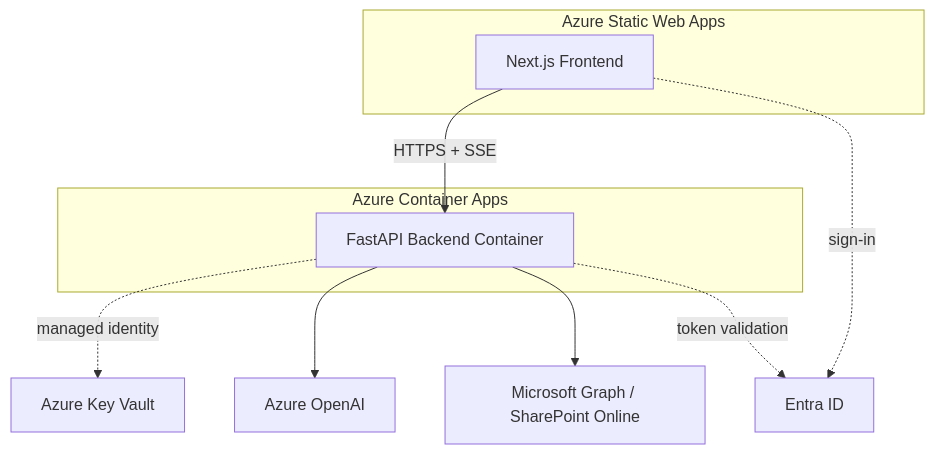
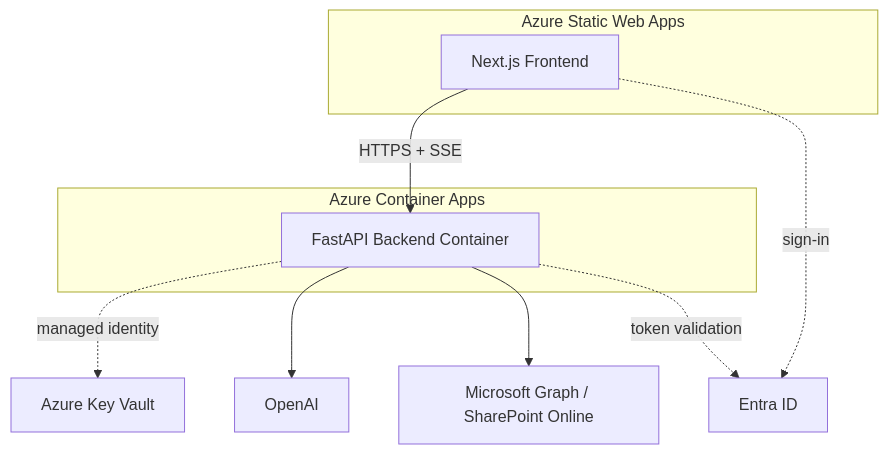
One commit to fiqriismail/arctellis changed the third of 3 diagrams in docs/Architecture-SharePoint-List-AI-Assistant.md. Above: the diagram before and after it, drawn with Mermaid. The commit also changed other lines of this file and 6 other files, not shown here.

Commit message:
chore: switch LLM from Azure OpenAI to OpenAI — update docs, config, and tests

````diff
--- a/docs/Architecture-SharePoint-List-AI-Assistant.md
+++ b/docs/Architecture-SharePoint-List-AI-Assistant.md
@@ -250,20 +250,20 @@
 ```mermaid
 flowchart TB
     subgraph SWA["Azure Static Web Apps"]
         FE[Next.js Frontend]
     end
     subgraph ACA["Azure Container Apps"]
         BE[FastAPI Backend Container]
     end
     KV[Azure Key Vault]
-    AOAI[Azure OpenAI]
+    AOAI[OpenAI]
     Graph[Microsoft Graph / SharePoint Online]
     Entra[Entra ID]
 
     FE -->|HTTPS + SSE| BE
     BE -.->|managed identity| KV
     BE --> AOAI
     BE --> Graph
     FE -.->|sign-in| Entra
     BE -.->|token validation| Entra
 ```
````
